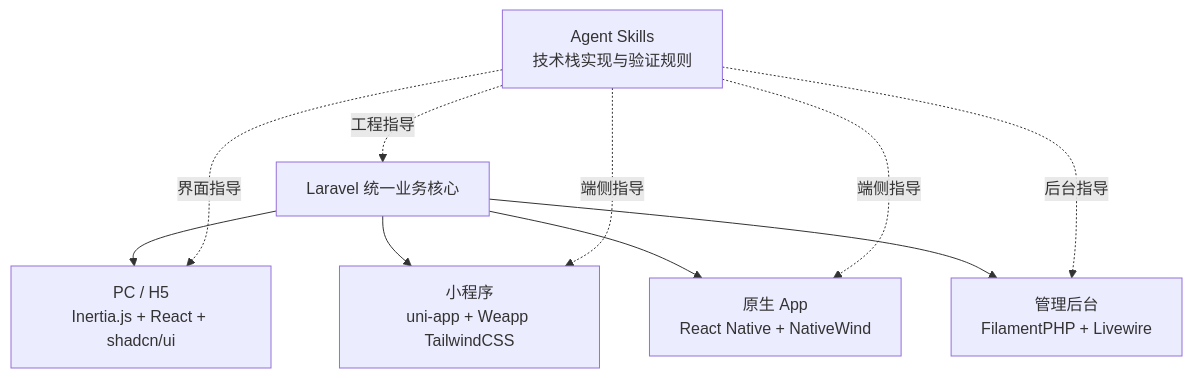
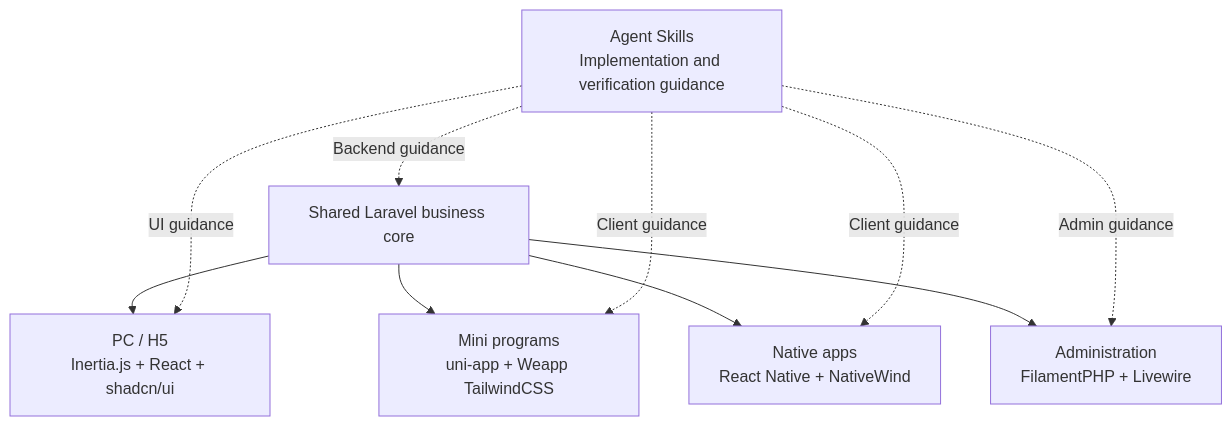
Before and after one commit to hnher/scaffold: the diagram in README.md, drawn with Mermaid. The commit also changed other lines of this file and 1 other file, not shown here.

````diff
--- a/README.md
+++ b/README.md
@@ -30,19 +40,19 @@
-```mermaid
+~~~mermaid
 flowchart TB
-    Laravel[Laravel 统一业务核心]
+    Laravel[Shared Laravel business core]
     Web[PC / H5<br/>Inertia.js + React + shadcn/ui]
-    Mini[小程序<br/>uni-app + Weapp TailwindCSS]
-    Native[原生 App<br/>React Native + NativeWind]
-    Admin[管理后台<br/>FilamentPHP + Livewire]
-    Skills[Agent Skills<br/>技术栈实现与验证规则]
+    Mini[Mini programs<br/>uni-app + Weapp TailwindCSS]
+    Native[Native apps<br/>React Native + NativeWind]
+    Admin[Administration<br/>FilamentPHP + Livewire]
+    Skills[Agent Skills<br/>Implementation and verification guidance]
 
     Laravel --> Web
     Laravel --> Mini
     Laravel --> Native
     Laravel --> Admin
-    Skills -.工程指导.-> Laravel
-    Skills -.界面指导.-> Web
-    Skills -.端侧指导.-> Mini
-    Skills -.端侧指导.-> Native
-    Skills -.后台指导.-> Admin
-```
+    Skills -.Backend guidance.-> Laravel
+    Skills -.UI guidance.-> Web
+    Skills -.Client guidance.-> Mini
+    Skills -.Client guidance.-> Native
+    Skills -.Admin guidance.-> Admin
+~~~
````
